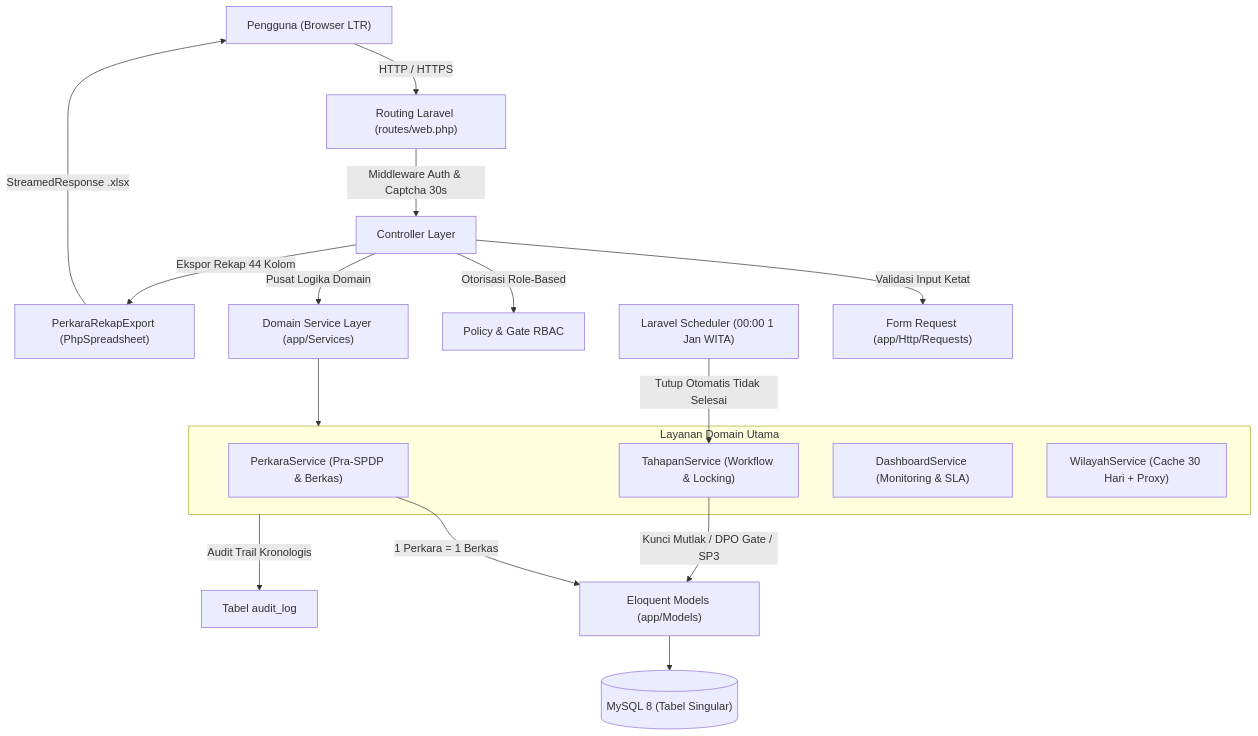
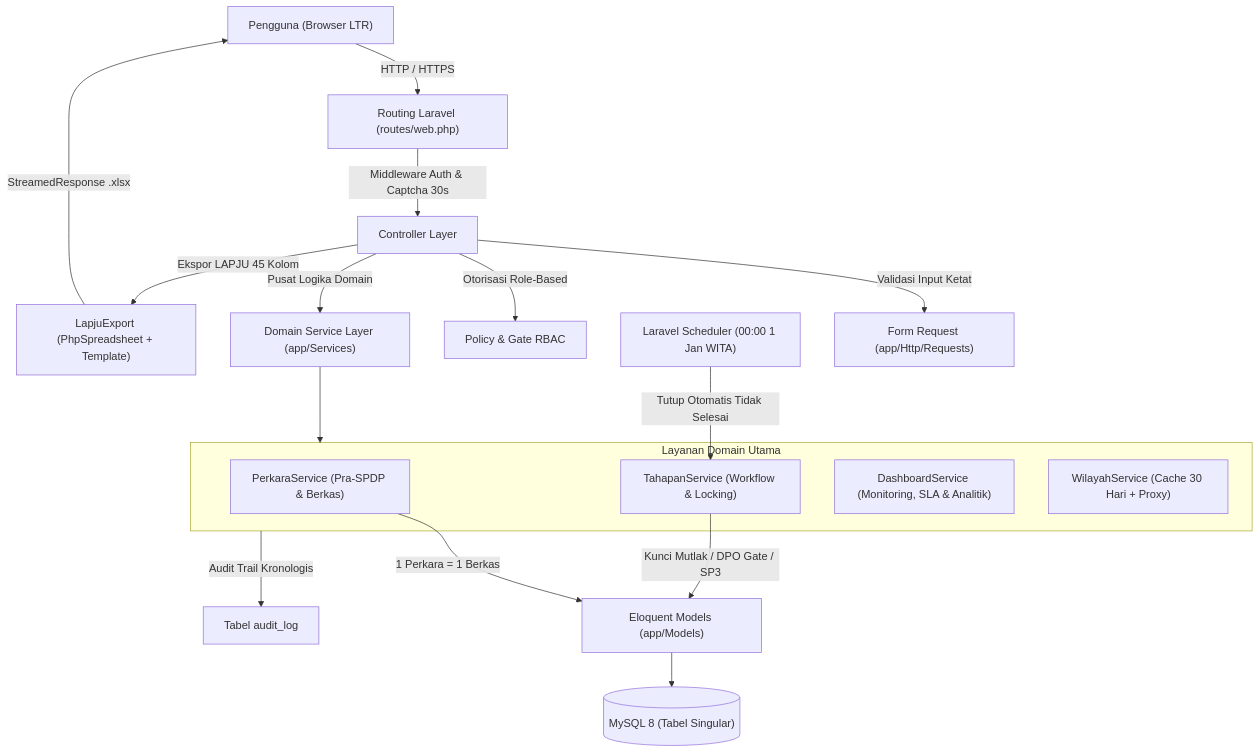
Before and after one commit to waris-arjuna/BAPTwo: the first of 3 diagrams in ARCHITECTURE.md, drawn with Mermaid. The commit also changed other lines of this file and 11 other files, not shown here.

Commit message:
feat(dashboard): perbaiki logika perhitungan 5 kartu statistik, donut chart, tabel prioritas, dan zona waktu WITA

````diff
--- a/ARCHITECTURE.md
+++ b/ARCHITECTURE.md
@@ -15,26 +15,26 @@
 ```mermaid
 flowchart TD
     U["Pengguna (Browser LTR)"] -->|HTTP / HTTPS| R["Routing Laravel (routes/web.php)"]
     R -->|Middleware Auth & Captcha 30s| C["Controller Layer"]
     C -->|Validasi Input Ketat| FR["Form Request (app/Http/Requests)"]
     C -->|Otorisasi Role-Based| P["Policy & Gate RBAC"]
     C -->|Pusat Logika Domain| S["Domain Service Layer (app/Services)"]
     
     subgraph Services ["Layanan Domain Utama"]
         PS["PerkaraService (Pra-SPDP & Berkas)"]
         TS["TahapanService (Workflow & Locking)"]
-        DS["DashboardService (Monitoring & SLA)"]
+        DS["DashboardService (Monitoring, SLA & Analitik)"]
         WS["WilayahService (Cache 30 Hari + Proxy)"]
     end
     
     S --> Services
     PS -->|1 Perkara = 1 Berkas| M["Eloquent Models (app/Models)"]
     TS -->|Kunci Mutlak / DPO Gate / SP3| M
     M --> DB[("MySQL 8 (Tabel Singular)")]
     
     Services -->|Audit Trail Kronologis| AL["Tabel audit_log"]
     SCH["Laravel Scheduler (00:00 1 Jan WITA)"] -->|Tutup Otomatis Tidak Selesai| TS
     
-    C -->|Ekspor Rekap 44 Kolom| EXP["PerkaraRekapExport (PhpSpreadsheet)"]
+    C -->|Ekspor LAPJU 45 Kolom| EXP["LapjuExport (PhpSpreadsheet + Template)"]
     EXP -->|StreamedResponse .xlsx| U
 ```
````
